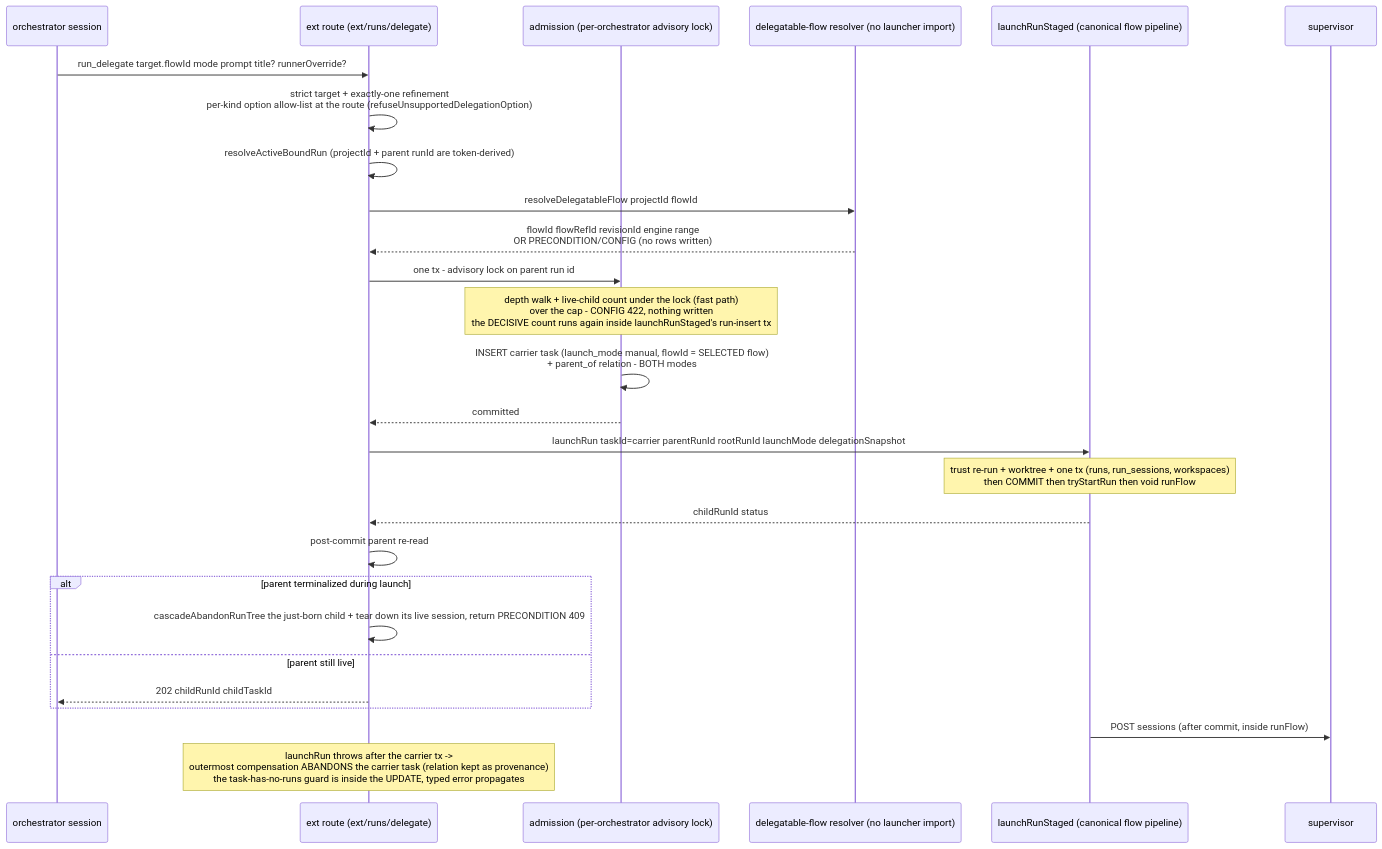
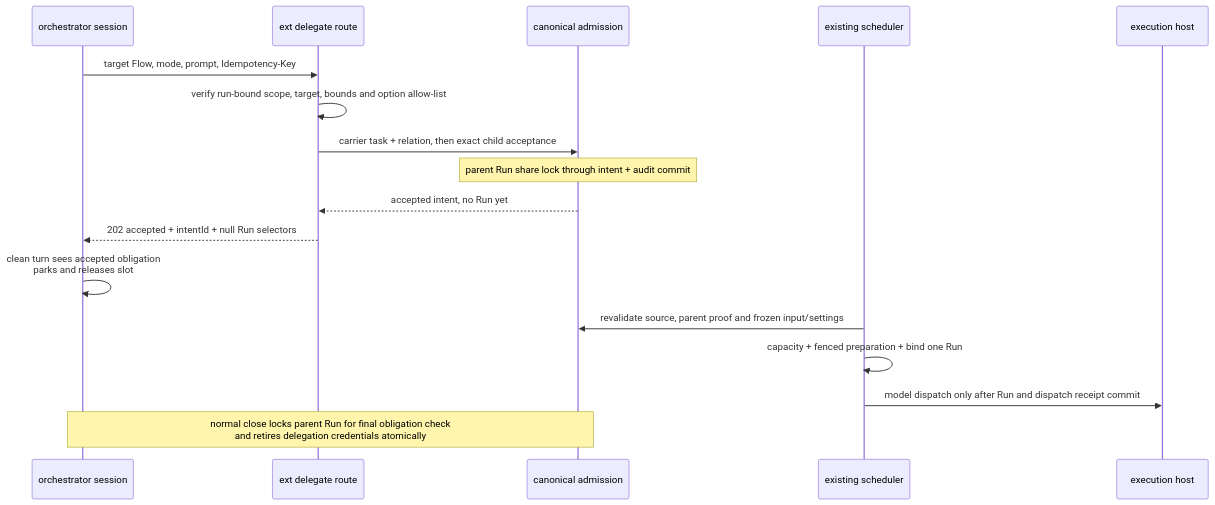
One commit to maister-dev/maister changed the ninth of 9 diagrams in docs/system-analytics/orchestrator.md. Above: the diagram before and after it, drawn with Mermaid. The commit also changed other lines of this file and 73 other files, not shown here.

First line of the commit message:
fix: preserve accepted child work through parent lifecycle

````diff
--- a/docs/system-analytics/orchestrator.md
+++ b/docs/system-analytics/orchestrator.md
@@ -387,29 +403,19 @@
 ```mermaid
 sequenceDiagram
     participant O as orchestrator session
-    participant X as ext route (ext/runs/delegate)
-    participant A as admission (per-orchestrator advisory lock)
-    participant F as delegatable-flow resolver (no launcher import)
-    participant L as launchRunStaged (canonical flow pipeline)
-    participant S as supervisor
-    O->>X: run_delegate target.flowId mode prompt title? runnerOverride?
-    X->>X: strict target + exactly-one refinement<br/>per-kind option allow-list at the route (refuseUnsupportedDelegationOption)
-    X->>X: resolveActiveBoundRun (projectId + parent runId are token-derived)
-    X->>F: resolveDelegatableFlow projectId flowId
-    F-->>X: flowId flowRefId revisionId engine range<br/>OR PRECONDITION/CONFIG (no rows written)
-    X->>A: one tx - advisory lock on parent run id
-    Note over A: depth walk + live-child count under the lock (fast path)<br/>over the cap - CONFIG 422, nothing written<br/>the DECISIVE count runs again inside launchRunStaged's run-insert tx
-    A->>A: INSERT carrier task (launch_mode manual, flowId = SELECTED flow)<br/>+ parent_of relation - BOTH modes
-    A-->>X: committed
-    X->>L: launchRun taskId=carrier parentRunId rootRunId launchMode delegationSnapshot
-    Note over L: trust re-run + worktree + one tx (runs, run_sessions, workspaces)<br/>then COMMIT then tryStartRun then void runFlow
-    L-->>X: childRunId status
-    X->>X: post-commit parent re-read
-    alt parent terminalized during launch
-        X->>X: cascadeAbandonRunTree the just-born child + tear down its live session, return PRECONDITION 409
-    else parent still live
-        X-->>O: 202 childRunId childTaskId
-    end
-    L->>S: POST sessions (after commit, inside runFlow)
-    Note over X: launchRun throws after the carrier tx -><br/>outermost compensation ABANDONS the carrier task (relation kept as provenance)<br/>the task-has-no-runs guard is inside the UPDATE, typed error propagates
+    participant X as ext delegate route
+    participant A as canonical admission
+    participant Q as existing scheduler
+    participant S as execution host
+    O->>X: target Flow, mode, prompt, Idempotency-Key
+    X->>X: verify run-bound scope, target, bounds and option allow-list
+    X->>A: carrier task + relation, then exact child acceptance
+    Note over A: parent Run share lock through intent + audit commit
+    A-->>X: accepted intent, no Run yet
+    X-->>O: 202 accepted + intentId + null Run selectors
+    O->>O: clean turn sees accepted obligation<br/>parks and releases slot
+    Q->>A: revalidate source, parent proof and frozen input/settings
+    Q->>Q: capacity + fenced preparation + bind one Run
+    Q->>S: model dispatch only after Run and dispatch receipt commit
+    Note over O,A: normal close locks parent Run for final obligation check<br/>and retires delegation credentials atomically
 ```
````
